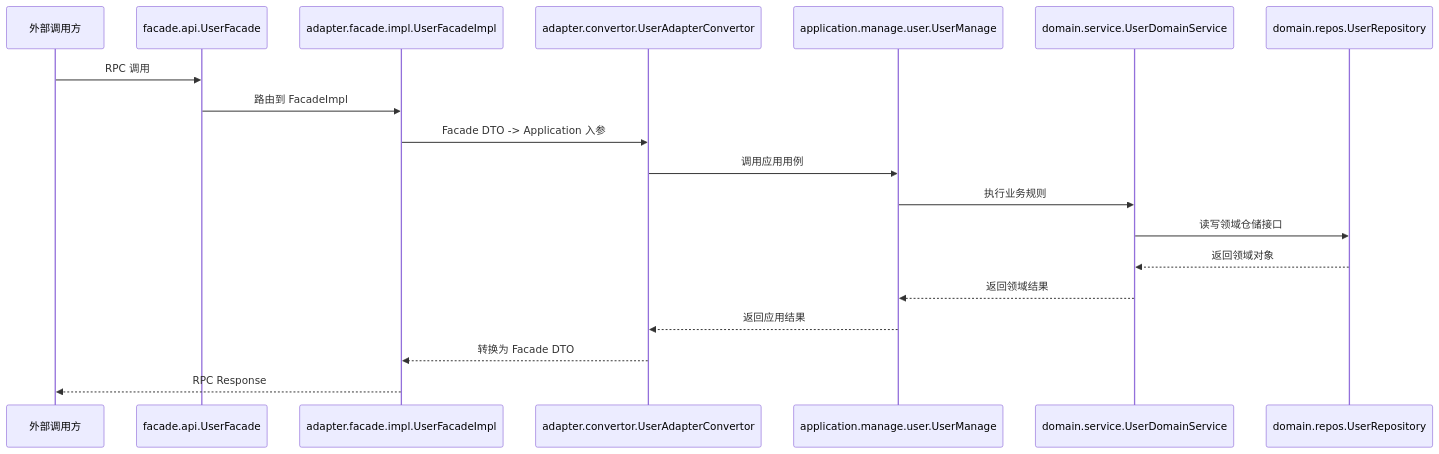
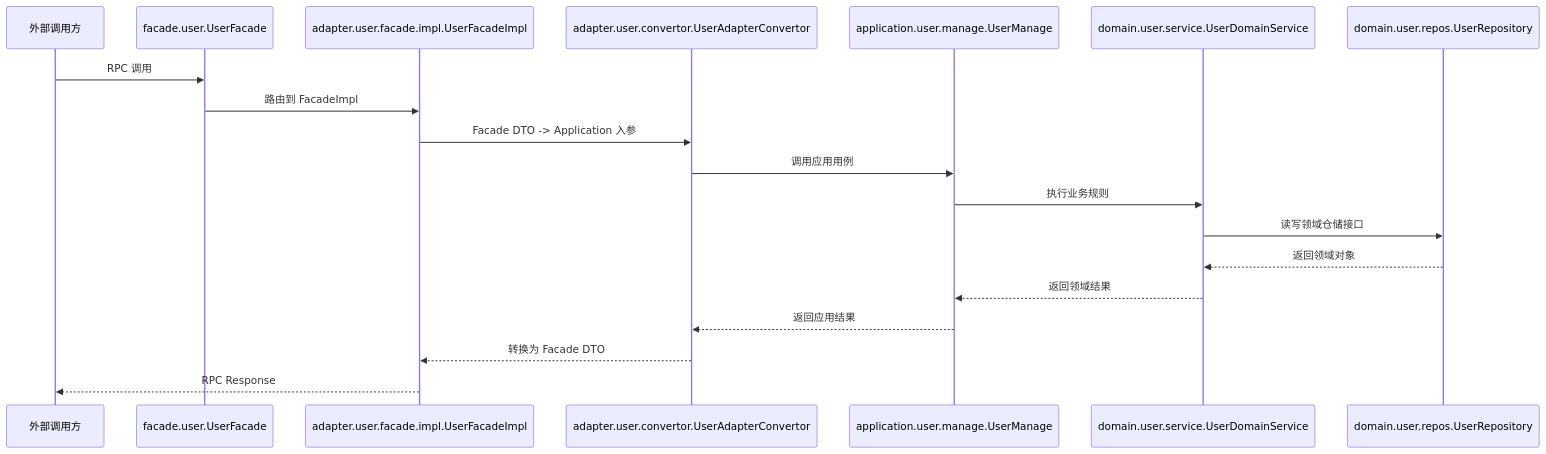
Diagram 16 of 19 in egon-cola-archetypes/architecture-mermaid-diagrams.md (AllenDEricDAlexander/Egon-COLA), drawn with Mermaid before and after one commit. The commit also changed other lines of this file and 32 other files, not shown here.

First line of the commit message:
fix(archetypes): make architecture governance actually enforce, correct guide docs

````diff
--- a/egon-cola-archetypes/architecture-mermaid-diagrams.md
+++ b/egon-cola-archetypes/architecture-mermaid-diagrams.md
@@ -396,21 +420,21 @@
 ```mermaid
 sequenceDiagram
     participant Caller as 外部调用方
-    participant Facade as facade.api.UserFacade
-    participant Impl as adapter.facade.impl.UserFacadeImpl
-    participant Convertor as adapter.convertor.UserAdapterConvertor
-    participant Manage as application.manage.user.UserManage
-    participant Domain as domain.service.UserDomainService
-    participant Repository as domain.repos.UserRepository
+    participant Facade as facade.user.UserFacade
+    participant Impl as adapter.user.facade.impl.UserFacadeImpl
+    participant Convertor as adapter.user.convertor.UserAdapterConvertor
+    participant Manage as application.user.manage.UserManage
+    participant Domain as domain.user.service.UserDomainService
+    participant Repository as domain.user.repos.UserRepository
     Caller ->> Facade: RPC 调用
     Facade ->> Impl: 路由到 FacadeImpl
     Impl ->> Convertor: Facade DTO -> Application 入参
     Convertor ->> Manage: 调用应用用例
     Manage ->> Domain: 执行业务规则
     Domain ->> Repository: 读写领域仓储接口
     Repository -->> Domain: 返回领域对象
     Domain -->> Manage: 返回领域结果
     Manage -->> Convertor: 返回应用结果
     Convertor -->> Impl: 转换为 Facade DTO
     Impl -->> Caller: RPC Response
 ```
````
